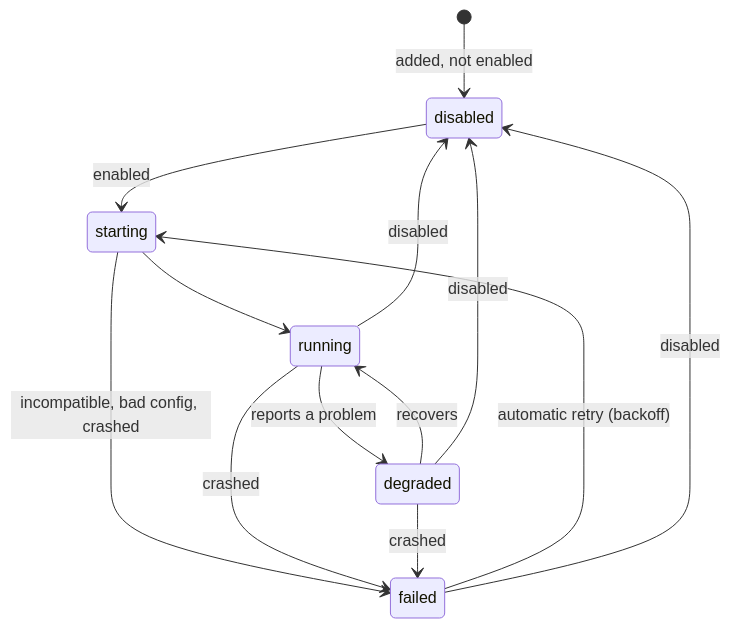
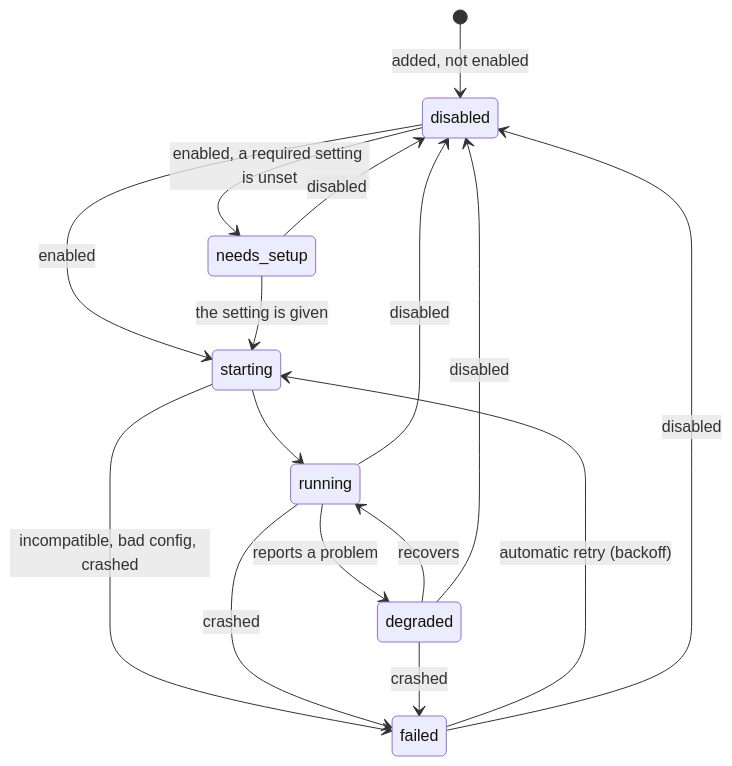
The second of 2 diagrams in docs/specs/extensions.md (nicosandller/irori_os), drawn with Mermaid before and after one commit. The commit also changed other lines of this file and 14 other files, not shown here.

First line of the commit message:
Answer what testing turned up: a real "needs setup", forms in a window, guided pairing

````diff
--- a/docs/specs/extensions.md
+++ b/docs/specs/extensions.md
@@ -180,15 +180,18 @@
 ```mermaid
 stateDiagram-v2
     [*] --> disabled: added, not enabled
+    disabled --> needs_setup: enabled, a required setting is unset
     disabled --> starting: enabled
+    needs_setup --> starting: the setting is given
+    needs_setup --> disabled: disabled
     starting --> running
     starting --> failed: incompatible, bad config, crashed
     running --> degraded: reports a problem
     degraded --> running: recovers
     running --> failed: crashed
     degraded --> failed: crashed
     failed --> starting: automatic retry (backoff)
     running --> disabled: disabled
     degraded --> disabled: disabled
     failed --> disabled: disabled
 ```
````
